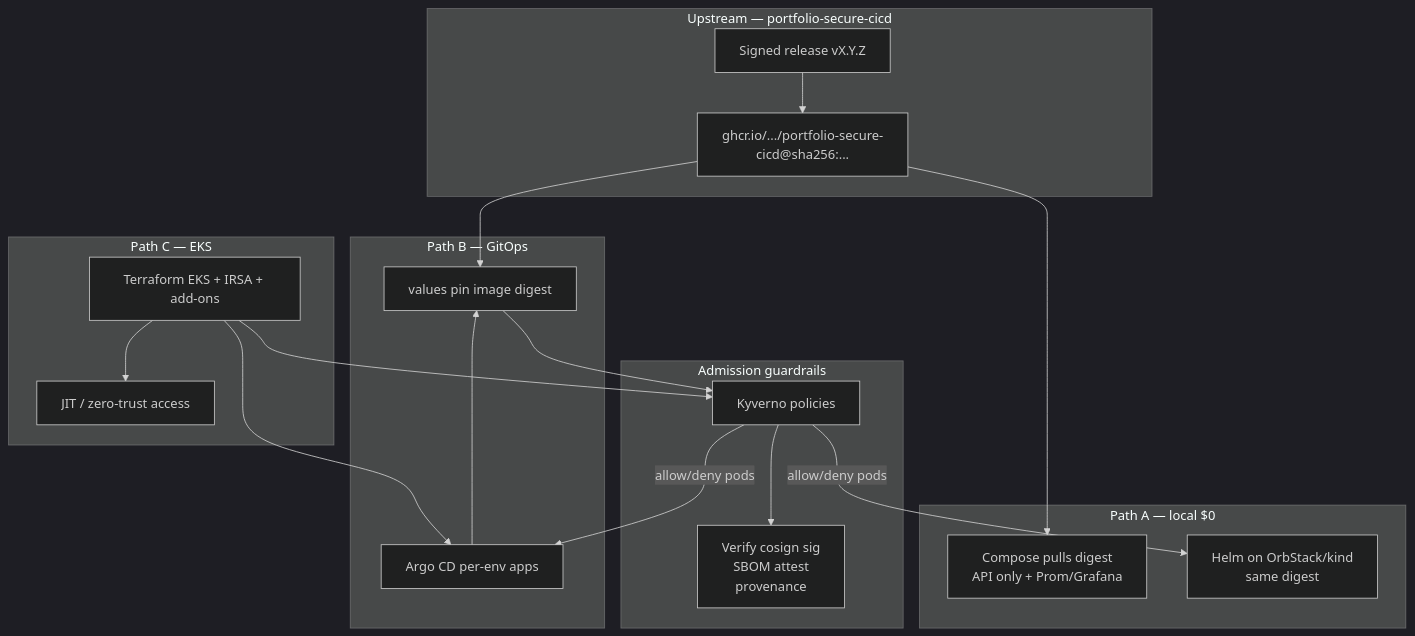
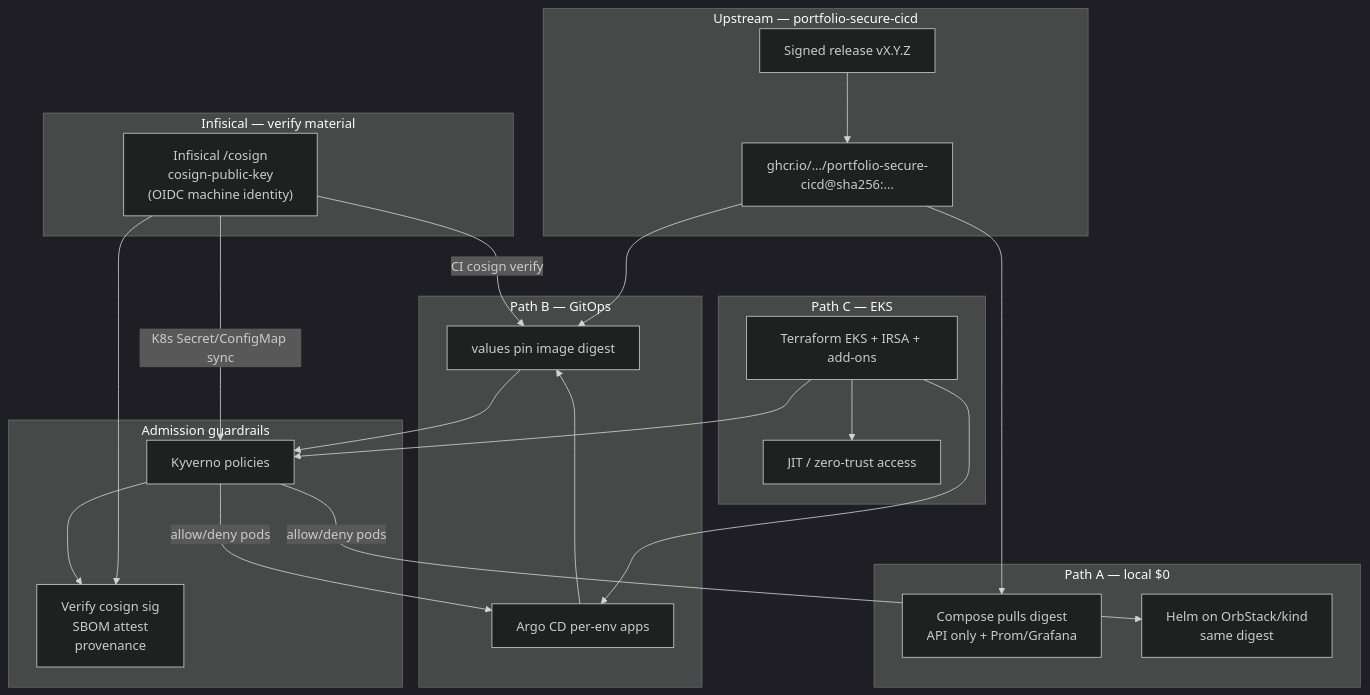
The diagram in docs/PLATFORM_IMPROVEMENT_PLAN.md (sauravrana646/portfolio-cloud-platform), drawn with Mermaid (dark theme) before and after one commit. The commit also changed other lines of this file, not shown here.

First line of the commit message:
docs: Infisical verify path, polish add-ons, and cost model

````diff
--- a/docs/PLATFORM_IMPROVEMENT_PLAN.md
+++ b/docs/PLATFORM_IMPROVEMENT_PLAN.md
@@ -39,39 +39,46 @@
 ```mermaid
 flowchart TB
   subgraph supply [Upstream — portfolio-secure-cicd]
     Rel[Signed release vX.Y.Z]
     GHCR["ghcr.io/.../portfolio-secure-cicd@sha256:..."]
     Rel --> GHCR
   end
 
   subgraph local [Path A — local $0]
     Compose[Compose pulls digest<br/>API only + Prom/Grafana]
     HelmLocal[Helm on OrbStack/kind<br/>same digest]
   end
 
+  subgraph secrets [Infisical — verify material]
+    Inf["Infisical /cosign<br/>cosign-public-key<br/>(OIDC machine identity)"]
+  end
+
   subgraph admit [Admission guardrails]
     Kyverno[Kyverno policies]
     Verify[Verify cosign sig<br/>SBOM attest<br/>provenance]
+    Inf --> Verify
     Kyverno --> Verify
   end
 
   subgraph gitops [Path B — GitOps]
     Argo[Argo CD per-env apps]
     Pin[values pin image digest]
     Argo --> Pin
   end
 
   subgraph cloud [Path C — EKS]
     TF[Terraform EKS + IRSA + add-ons]
     ZT[JIT / zero-trust access]
     TF --> Argo
     TF --> Kyverno
     TF --> ZT
   end
 
   GHCR --> Compose
   GHCR --> Pin
   Pin --> Kyverno
+  Inf -->|CI cosign verify| Pin
+  Inf -->|K8s Secret/ConfigMap sync| Kyverno
   Kyverno -->|allow/deny pods| HelmLocal
   Kyverno -->|allow/deny pods| Argo
 ```
````
